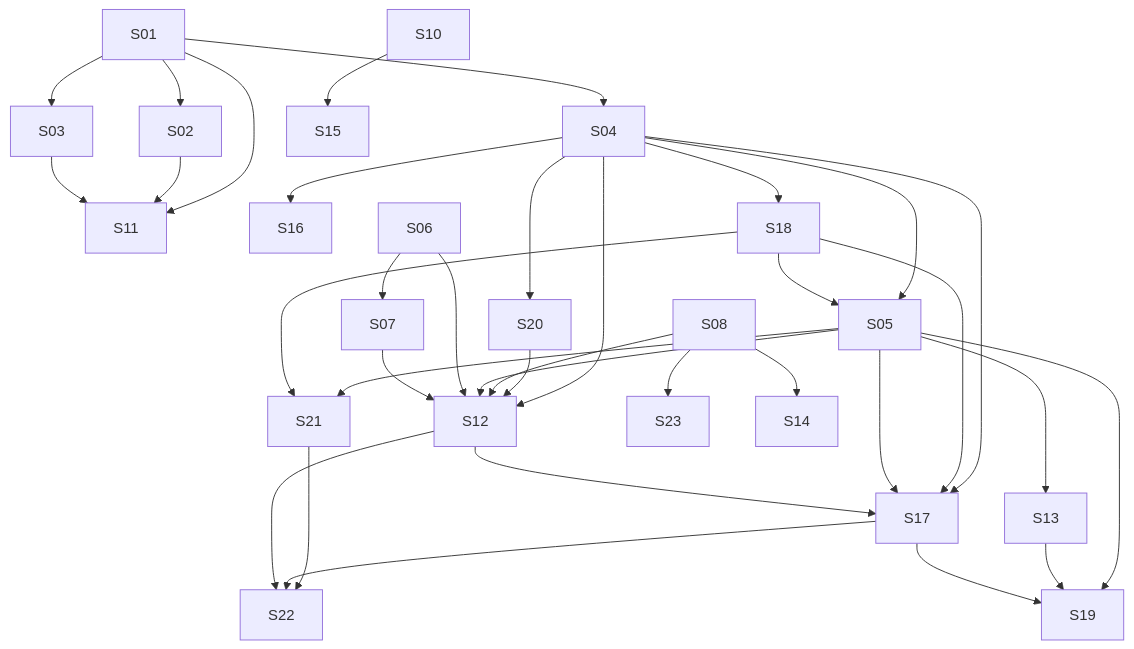
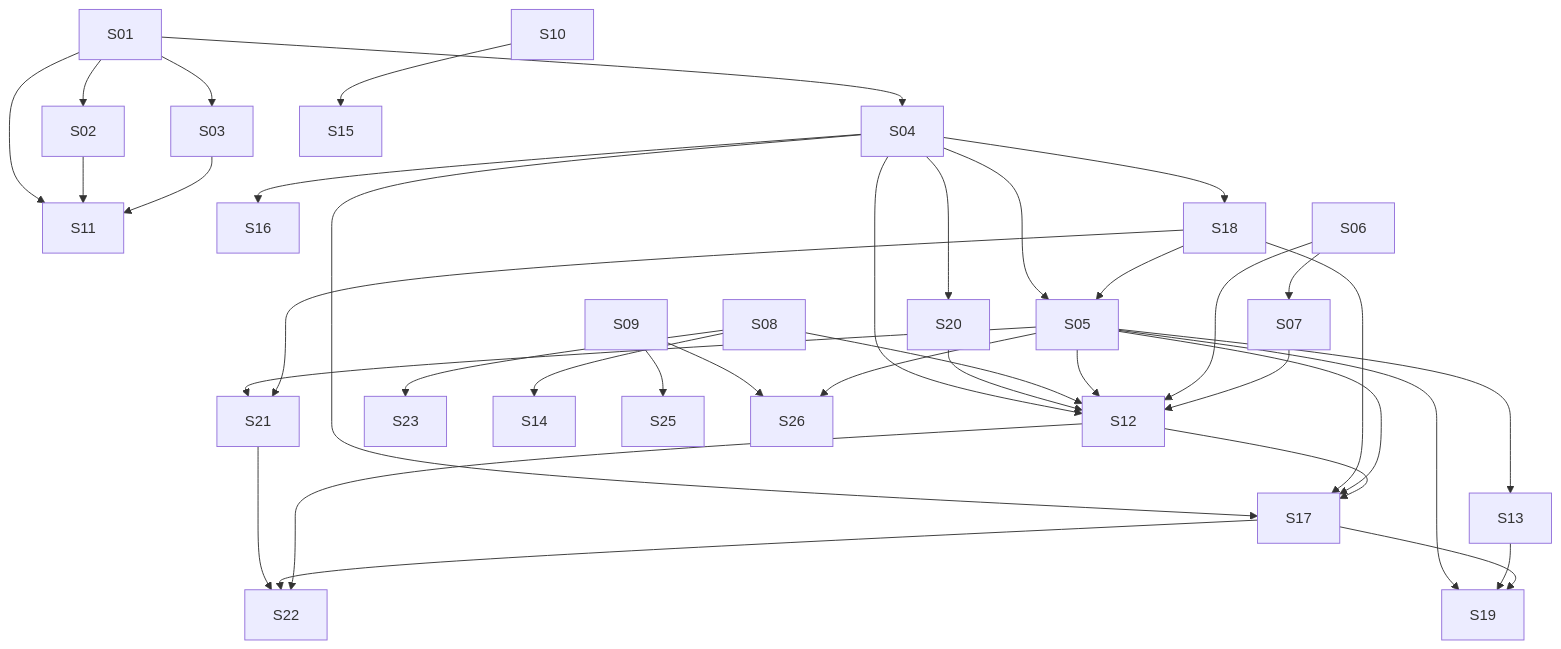
One commit to lmmoreira/ikaro changed the diagram in plan/M23-MULTIVERTICAL-APPOINTMENT-BOOKING.md. Above: the diagram before and after it, drawn with Mermaid. The commit also changed other lines of this file and 8 other files, not shown here.

````diff
--- a/plan/M23-MULTIVERTICAL-APPOINTMENT-BOOKING.md
+++ b/plan/M23-MULTIVERTICAL-APPOINTMENT-BOOKING.md
@@ -44,37 +46,40 @@
 ```mermaid
 graph TD
   S01 --> S02
   S01 --> S03
   S01 --> S04
   S01 --> S11
   S02 --> S11
   S03 --> S11
   S04 --> S05
   S04 --> S12
   S04 --> S16
   S04 --> S17
   S04 --> S18
   S18 --> S05
   S04 --> S20
   S20 --> S12
   S05 --> S21
   S18 --> S21
   S21 --> S22
   S17 --> S22
   S12 --> S22
   S08 --> S12
   S08 --> S23
   S18 --> S17
   S05 --> S12
   S05 --> S13
   S05 --> S17
   S12 --> S17
   S05 --> S19
   S13 --> S19
   S17 --> S19
   S06 --> S07
   S06 --> S12
   S07 --> S12
   S08 --> S14
   S10 --> S15
+  S09 --> S25
+  S09 --> S26
+  S05 --> S26
 ```
````
